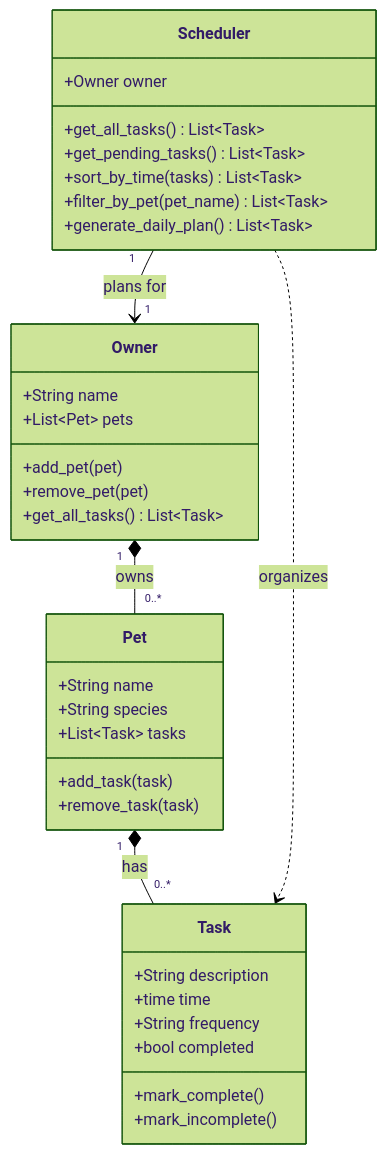
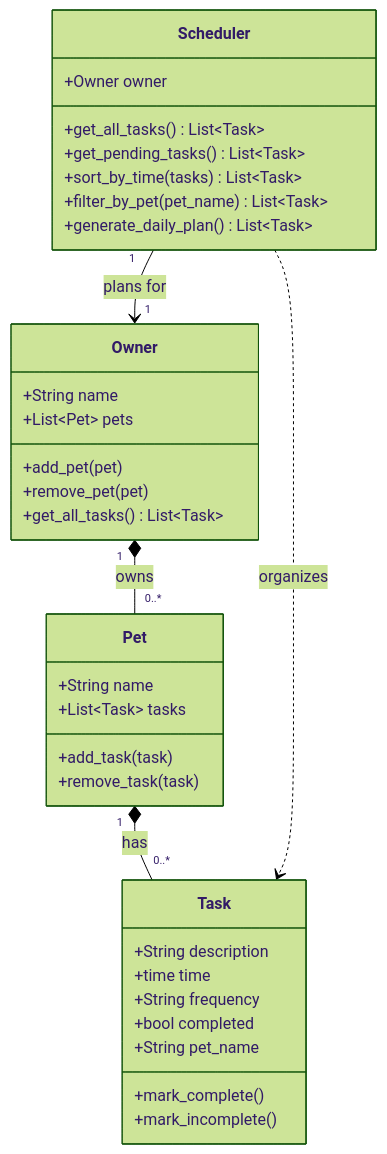
The diagram in diagrams/uml.mmd (jschohan/ai110-module2show-pawpal-starter), drawn with Mermaid (forest theme) before and after one commit. The commit also changed 3 other files, not shown here.

```diff
--- a/diagrams/uml.mmd
+++ b/diagrams/uml.mmd
@@ -1,39 +1,39 @@
 classDiagram
     class Owner {
         +String name
         +List~Pet~ pets
         +add_pet(pet)
         +remove_pet(pet)
         +get_all_tasks() List~Task~
     }
 
     class Pet {
         +String name
-        +String species
         +List~Task~ tasks
         +add_task(task)
         +remove_task(task)
     }
 
     class Task {
         +String description
         +time time
         +String frequency
         +bool completed
+        +String pet_name
         +mark_complete()
         +mark_incomplete()
     }
 
     class Scheduler {
         +Owner owner
         +get_all_tasks() List~Task~
         +get_pending_tasks() List~Task~
         +sort_by_time(tasks) List~Task~
         +filter_by_pet(pet_name) List~Task~
         +generate_daily_plan() List~Task~
     }
 
     Owner "1" *-- "0..*" Pet : owns
     Pet "1" *-- "0..*" Task : has
     Scheduler "1" --> "1" Owner : plans for
     Scheduler ..> Task : organizes
```
